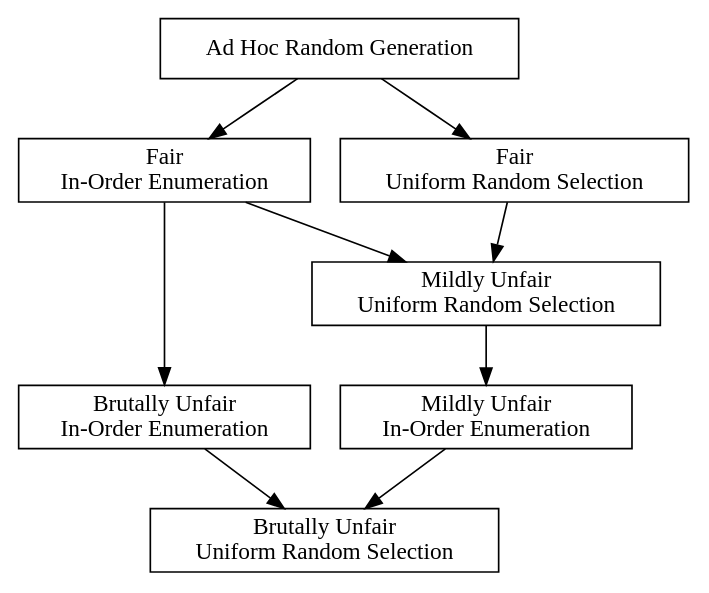
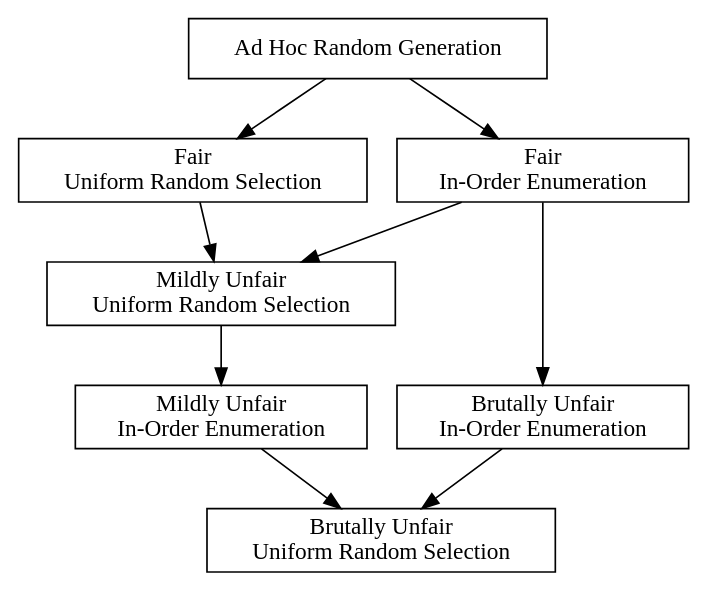
Before and after one commit to maxsnew/Redex-Enum-Paper: the diagram in results/dominates.dot, drawn with Graphviz. The commit also changed other lines of this file and 14 other files, not shown here.

```diff
--- a/results/dominates.dot
+++ b/results/dominates.dot
@@ -1,18 +1,18 @@
 digraph {
  margin=0
-  "grammar" [label="Ad Hoc Random Generation", shape=box]
-  "ordered" [label="Fair\nIn-Order Enumeration", shape=box]
-  "ordered-brutally-unfair" [label="Brutally Unfair\nIn-Order Enumeration", shape=box]
   "enum-mildly-unfair" [label="Mildly Unfair\nUniform Random Selection", shape=box]
   "enum" [label="Fair\nUniform Random Selection", shape=box]
+  "grammar" [label="Ad Hoc Random Generation", shape=box]
   "ordered-mildly-unfair" [label="Mildly Unfair\nIn-Order Enumeration", shape=box]
+  "ordered" [label="Fair\nIn-Order Enumeration", shape=box]
   "enum-brutally-unfair" [label="Brutally Unfair\nUniform Random Selection", shape=box]
+  "ordered-brutally-unfair" [label="Brutally Unfair\nIn-Order Enumeration", shape=box]
   "enum" -> "enum-mildly-unfair"
   "enum-mildly-unfair" -> "ordered-mildly-unfair"
   "grammar" -> "enum"
   "grammar" -> "ordered"
   "ordered" -> "enum-mildly-unfair"
   "ordered" -> "ordered-brutally-unfair"
   "ordered-brutally-unfair" -> "enum-brutally-unfair"
   "ordered-mildly-unfair" -> "enum-brutally-unfair"
 }
```
